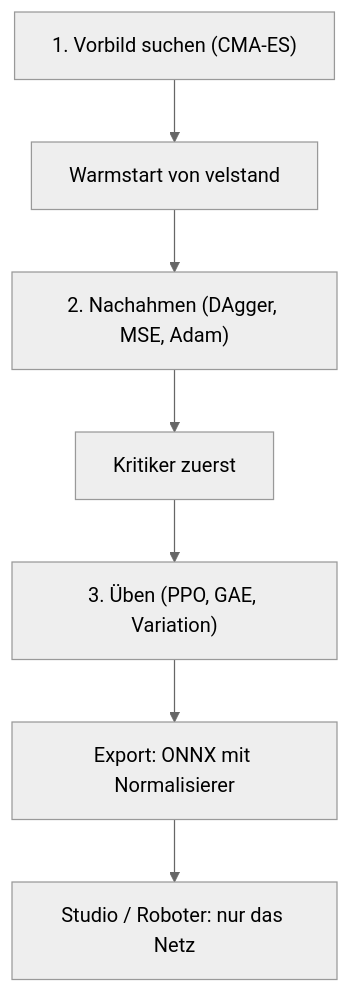
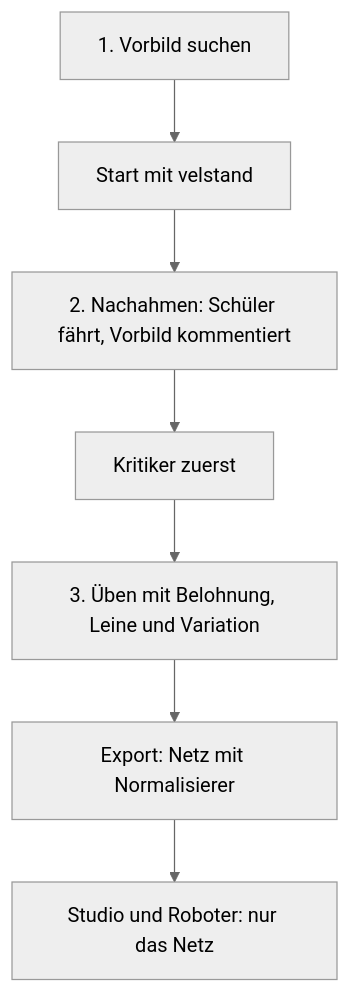
One commit to ChristianHohlfeld/kernengine.de changed the fifth of 5 diagrams in kern/docs/buch-gruen/A-grundlagen-neuronale-netze.md. Above: the diagram before and after it, drawn with Mermaid (neutral theme). The commit also changed other lines of this file and 2 other files, not shown here.

````diff
--- a/kern/docs/buch-gruen/A-grundlagen-neuronale-netze.md
+++ b/kern/docs/buch-gruen/A-grundlagen-neuronale-netze.md
@@ -640,9 +792,9 @@
 ```mermaid
 flowchart TD
-  V["1. Vorbild suchen (CMA-ES)"] --> W["Warmstart von velstand"]
-  W --> N["2. Nachahmen (DAgger, MSE, Adam)"]
+  V["1. Vorbild suchen"] --> W["Start mit velstand"]
+  W --> N["2. Nachahmen: Schüler fährt, Vorbild kommentiert"]
   N --> K["Kritiker zuerst"]
-  K --> U["3. Üben (PPO, GAE, Variation)"]
-  U --> X["Export: ONNX mit Normalisierer"]
-  X --> S["Studio / Roboter: nur das Netz"]
+  K --> U["3. Üben mit Belohnung, Leine und Variation"]
+  U --> X["Export: Netz mit Normalisierer"]
+  X --> S["Studio und Roboter: nur das Netz"]
 ```
````
